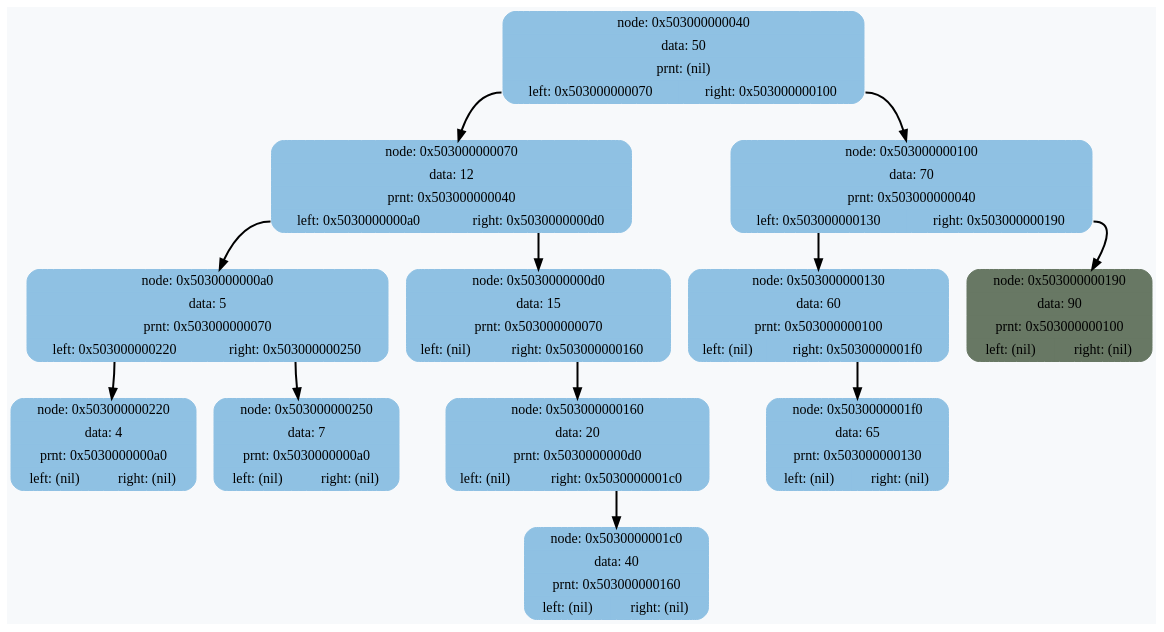
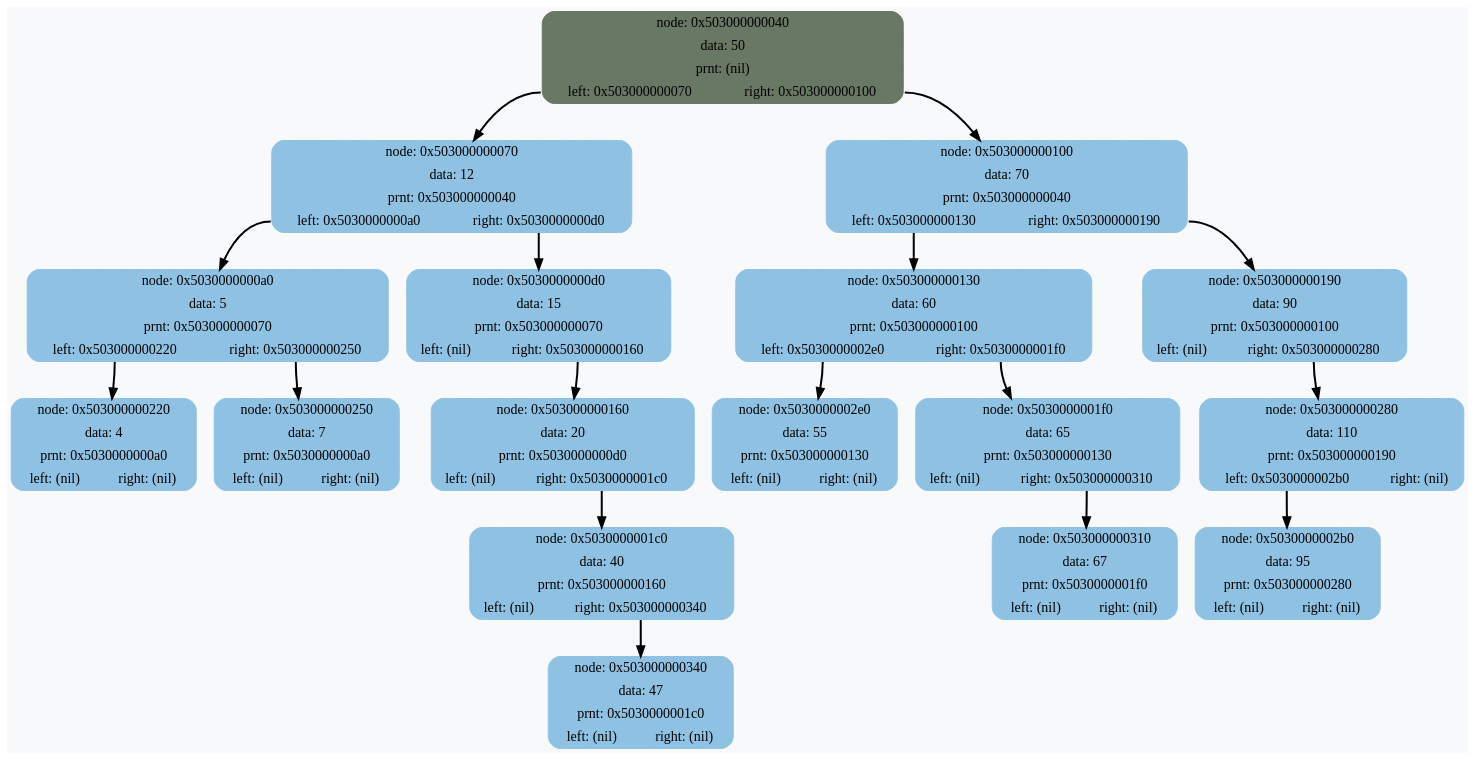
One commit to RTCupid/BINARY_TREE changed the diagram in DumpTree.dot. Above: the diagram before and after it, drawn with Graphviz. The commit also changed 1 other file, not shown here.

```diff
--- a/DumpTree.dot
+++ b/DumpTree.dot
@@ -1,27 +1,37 @@
 digraph G {
 	rankdir = HR;
 	bgcolor="#F7F9FB"
-	 node0x503000000040 [shape=Mrecord; style=filled; color="#8FC1E3"; label =  "{node: 0x503000000040 | data:  50 | prnt: (nil) | {<left>left: 0x503000000070 | <right>right: 0x503000000100}  }" ];
+	 node0x503000000040 [shape=Mrecord; style=filled; color="#687864"; label =  "{node: 0x503000000040 | data:  50 | prnt: (nil) | {<left>left: 0x503000000070 | <right>right: 0x503000000100}  }" ];
 	 node0x503000000040:<left> -> node0x503000000070 [style=bold; weight=1000; ];
 	 node0x503000000040:<right> -> node0x503000000100 [style=bold; weight=1000; ];
 	 node0x503000000070 [shape=Mrecord; style=filled; color="#8FC1E3"; label =  "{node: 0x503000000070 | data:  12 | prnt: 0x503000000040 | {<left>left: 0x5030000000a0 | <right>right: 0x5030000000d0}  }" ];
 	 node0x503000000070:<left> -> node0x5030000000a0 [style=bold; weight=1000; ];
 	 node0x503000000070:<right> -> node0x5030000000d0 [style=bold; weight=1000; ];
 	 node0x5030000000a0 [shape=Mrecord; style=filled; color="#8FC1E3"; label =  "{node: 0x5030000000a0 | data:   5 | prnt: 0x503000000070 | {<left>left: 0x503000000220 | <right>right: 0x503000000250}  }" ];
 	 node0x5030000000a0:<left> -> node0x503000000220 [style=bold; weight=1000; ];
 	 node0x5030000000a0:<right> -> node0x503000000250 [style=bold; weight=1000; ];
 	 node0x503000000220 [shape=Mrecord; style=filled; color="#8FC1E3"; label =  "{node: 0x503000000220 | data:   4 | prnt: 0x5030000000a0 | {<left>left: (nil) | <right>right: (nil)}  }" ];
 	 node0x503000000250 [shape=Mrecord; style=filled; color="#8FC1E3"; label =  "{node: 0x503000000250 | data:   7 | prnt: 0x5030000000a0 | {<left>left: (nil) | <right>right: (nil)}  }" ];
 	 node0x5030000000d0 [shape=Mrecord; style=filled; color="#8FC1E3"; label =  "{node: 0x5030000000d0 | data:  15 | prnt: 0x503000000070 | {<left>left: (nil) | <right>right: 0x503000000160}  }" ];
 	 node0x5030000000d0:<right> -> node0x503000000160 [style=bold; weight=1000; ];
 	 node0x503000000160 [shape=Mrecord; style=filled; color="#8FC1E3"; label =  "{node: 0x503000000160 | data:  20 | prnt: 0x5030000000d0 | {<left>left: (nil) | <right>right: 0x5030000001c0}  }" ];
 	 node0x503000000160:<right> -> node0x5030000001c0 [style=bold; weight=1000; ];
-	 node0x5030000001c0 [shape=Mrecord; style=filled; color="#8FC1E3"; label =  "{node: 0x5030000001c0 | data:  40 | prnt: 0x503000000160 | {<left>left: (nil) | <right>right: (nil)}  }" ];
+	 node0x5030000001c0 [shape=Mrecord; style=filled; color="#8FC1E3"; label =  "{node: 0x5030000001c0 | data:  40 | prnt: 0x503000000160 | {<left>left: (nil) | <right>right: 0x503000000340}  }" ];
+	 node0x5030000001c0:<right> -> node0x503000000340 [style=bold; weight=1000; ];
+	 node0x503000000340 [shape=Mrecord; style=filled; color="#8FC1E3"; label =  "{node: 0x503000000340 | data:  47 | prnt: 0x5030000001c0 | {<left>left: (nil) | <right>right: (nil)}  }" ];
 	 node0x503000000100 [shape=Mrecord; style=filled; color="#8FC1E3"; label =  "{node: 0x503000000100 | data:  70 | prnt: 0x503000000040 | {<left>left: 0x503000000130 | <right>right: 0x503000000190}  }" ];
 	 node0x503000000100:<left> -> node0x503000000130 [style=bold; weight=1000; ];
 	 node0x503000000100:<right> -> node0x503000000190 [style=bold; weight=1000; ];
-	 node0x503000000130 [shape=Mrecord; style=filled; color="#8FC1E3"; label =  "{node: 0x503000000130 | data:  60 | prnt: 0x503000000100 | {<left>left: (nil) | <right>right: 0x5030000001f0}  }" ];
+	 node0x503000000130 [shape=Mrecord; style=filled; color="#8FC1E3"; label =  "{node: 0x503000000130 | data:  60 | prnt: 0x503000000100 | {<left>left: 0x5030000002e0 | <right>right: 0x5030000001f0}  }" ];
+	 node0x503000000130:<left> -> node0x5030000002e0 [style=bold; weight=1000; ];
 	 node0x503000000130:<right> -> node0x5030000001f0 [style=bold; weight=1000; ];
-	 node0x5030000001f0 [shape=Mrecord; style=filled; color="#8FC1E3"; label =  "{node: 0x5030000001f0 | data:  65 | prnt: 0x503000000130 | {<left>left: (nil) | <right>right: (nil)}  }" ];
-	 node0x503000000190 [shape=Mrecord; style=filled; color="#687864"; label =  "{node: 0x503000000190 | data:  90 | prnt: 0x503000000100 | {<left>left: (nil) | <right>right: (nil)}  }" ];
+	 node0x5030000002e0 [shape=Mrecord; style=filled; color="#8FC1E3"; label =  "{node: 0x5030000002e0 | data:  55 | prnt: 0x503000000130 | {<left>left: (nil) | <right>right: (nil)}  }" ];
+	 node0x5030000001f0 [shape=Mrecord; style=filled; color="#8FC1E3"; label =  "{node: 0x5030000001f0 | data:  65 | prnt: 0x503000000130 | {<left>left: (nil) | <right>right: 0x503000000310}  }" ];
+	 node0x5030000001f0:<right> -> node0x503000000310 [style=bold; weight=1000; ];
+	 node0x503000000310 [shape=Mrecord; style=filled; color="#8FC1E3"; label =  "{node: 0x503000000310 | data:  67 | prnt: 0x5030000001f0 | {<left>left: (nil) | <right>right: (nil)}  }" ];
+	 node0x503000000190 [shape=Mrecord; style=filled; color="#8FC1E3"; label =  "{node: 0x503000000190 | data:  90 | prnt: 0x503000000100 | {<left>left: (nil) | <right>right: 0x503000000280}  }" ];
+	 node0x503000000190:<right> -> node0x503000000280 [style=bold; weight=1000; ];
+	 node0x503000000280 [shape=Mrecord; style=filled; color="#8FC1E3"; label =  "{node: 0x503000000280 | data: 110 | prnt: 0x503000000190 | {<left>left: 0x5030000002b0 | <right>right: (nil)}  }" ];
+	 node0x503000000280:<left> -> node0x5030000002b0 [style=bold; weight=1000; ];
+	 node0x5030000002b0 [shape=Mrecord; style=filled; color="#8FC1E3"; label =  "{node: 0x5030000002b0 | data:  95 | prnt: 0x503000000280 | {<left>left: (nil) | <right>right: (nil)}  }" ];
 }
```
